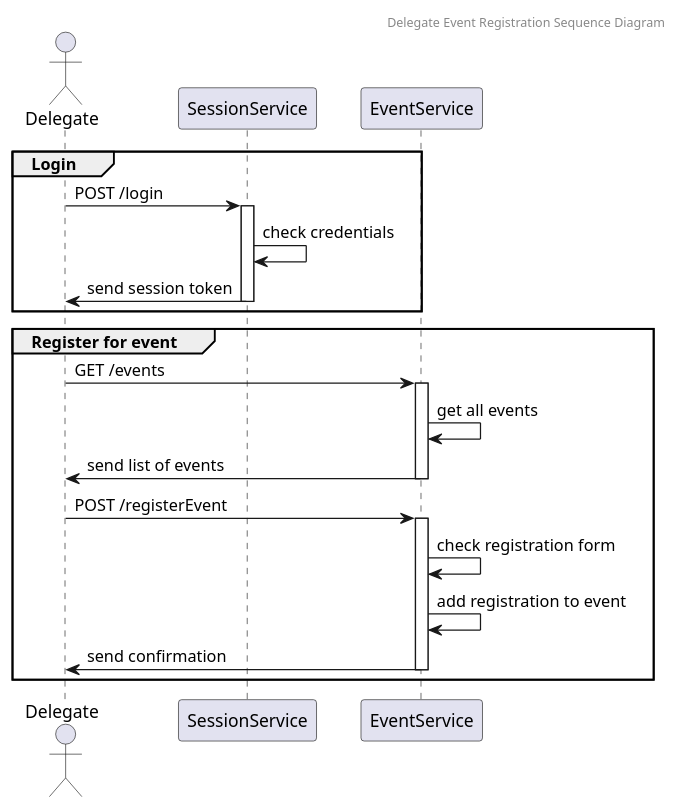
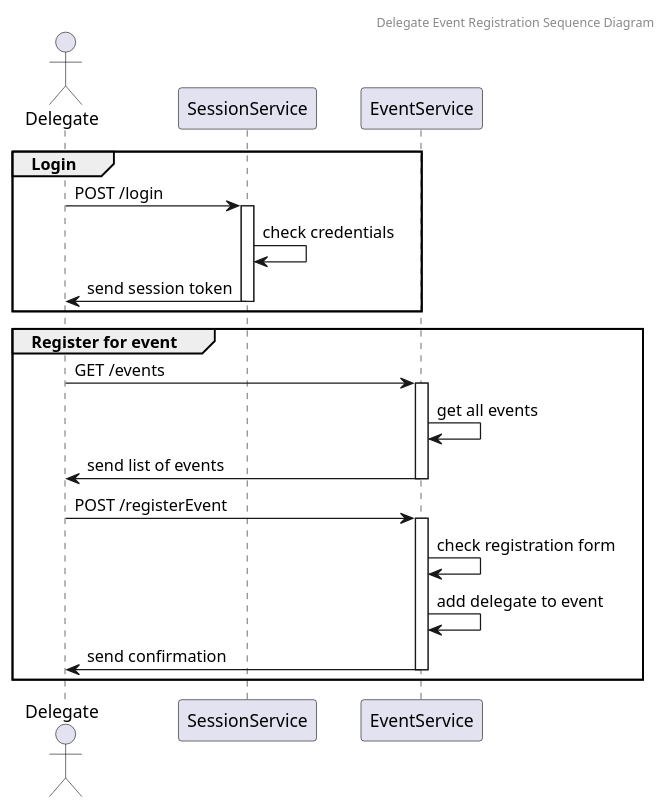
Before and after one commit to CSC-40084-Group-7/BMI2-UML: the diagram in SequenceDiagrams/SequenceDiagram.puml, drawn with PlantUML.

Commit message:
add sequence

```diff
--- a/SequenceDiagrams/SequenceDiagram.puml
+++ b/SequenceDiagrams/SequenceDiagram.puml
@@ -1,31 +1,31 @@
 @startuml DelegateRegistration
 
 header Delegate Event Registration Sequence Diagram
 
 actor Delegate
 participant "SessionService" as SS
 participant "EventService" as ES
 
 group Login
 Delegate -> SS: POST /login
 activate SS
 SS -> SS: check credentials
 SS -> Delegate: send session token
 deactivate SS
 end
 
 group Register for event
 Delegate -> ES: GET /events
 activate ES
 ES -> ES: get all events
 ES -> Delegate: send list of events
 deactivate ES
 Delegate -> ES: POST /registerEvent 
 activate ES
 ES -> ES: check registration form
-ES -> ES: add registration to event
+ES -> ES: add delegate to event
 ES -> Delegate: send confirmation
 deactivate ES
 end
 
 @enduml
```
